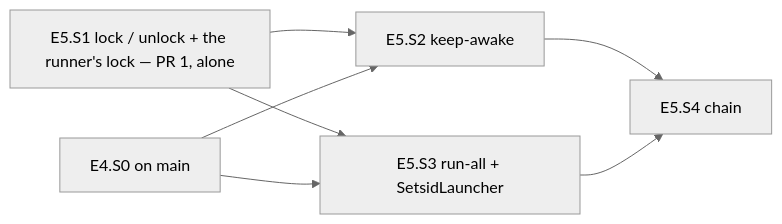
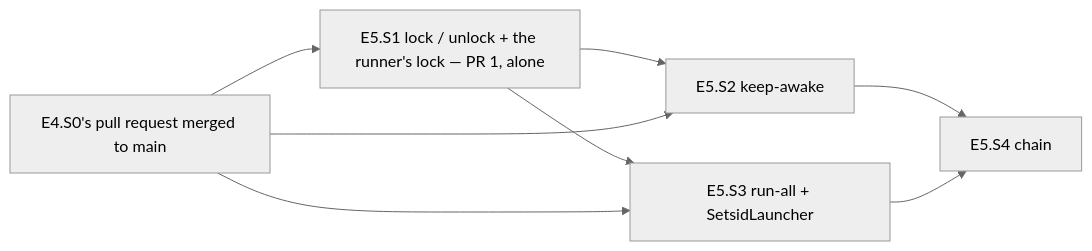
One commit to oleksandrdubyna88/dew_flow_benchmark changed the diagram in todo/PLAN_model_arms_E5.md. Above: the diagram before and after it, drawn with Mermaid (neutral theme). The commit also changed other lines of this file, not shown here.

First line of the commit message:
docs(plans): model arms E5 — E5.S4 amended: the chain's run lock, a startup ceiling, the exit wait before every start

````diff
--- a/todo/PLAN_model_arms_E5.md
+++ b/todo/PLAN_model_arms_E5.md
@@ -1229,9 +1310,10 @@
 ```mermaid
 flowchart LR
-    S1[E5.S1 lock / unlock + the runner's lock — PR 1, alone] --> S2[E5.S2 keep-awake]
+    E40[E4.S0's pull request merged to main] --> S1[E5.S1 lock / unlock + the runner's lock — PR 1, alone]
+    S1 --> S2[E5.S2 keep-awake]
     S1 --> S3[E5.S3 run-all + SetsidLauncher]
-    E40[E4.S0 on main] --> S2
+    E40 --> S2
     E40 --> S3
     S2 --> S4[E5.S4 chain]
     S3 --> S4
 ```
````
